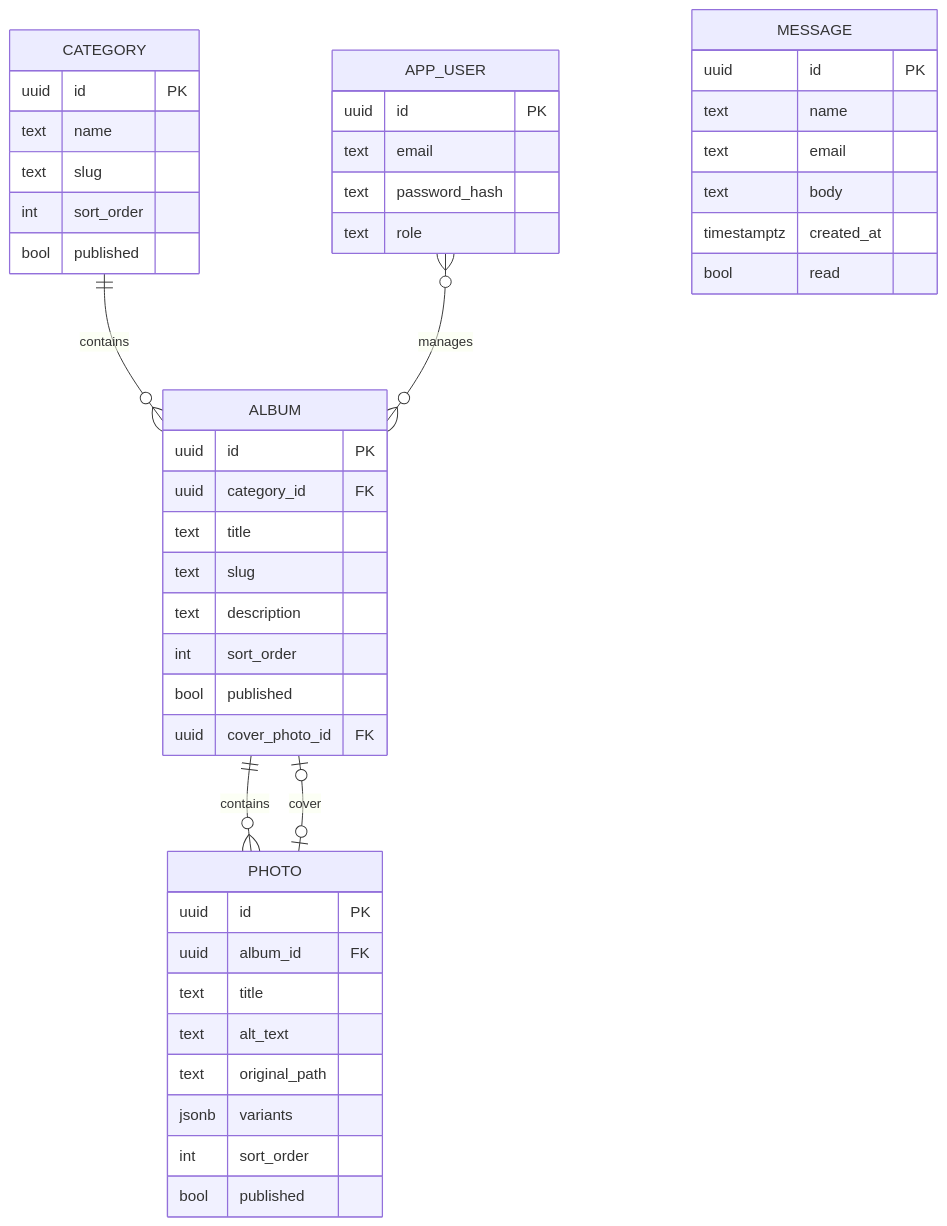
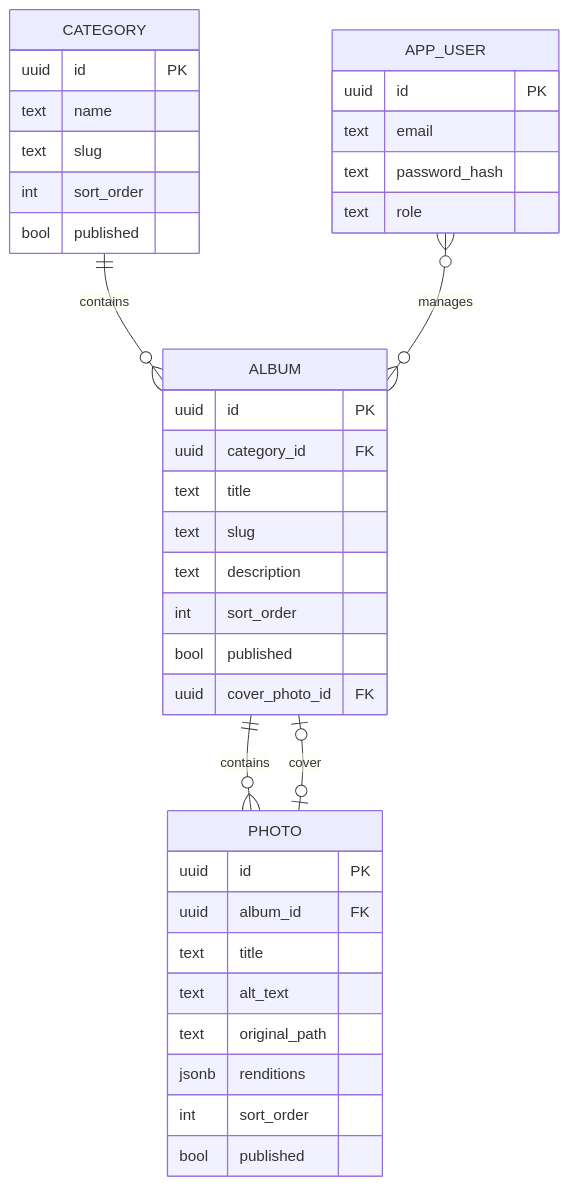
The fourth of 5 diagrams in ARCHITECTURE.md (toledobrendo/btagila-portfolio), drawn with Mermaid before and after one commit. The commit also changed other lines of this file and 10 other files, not shown here.

````diff
--- a/ARCHITECTURE.md
+++ b/ARCHITECTURE.md
@@ -147,50 +149,41 @@
 ```mermaid
 erDiagram
     CATEGORY ||--o{ ALBUM : contains
     ALBUM ||--o{ PHOTO : contains
     ALBUM |o--o| PHOTO : "cover"
     APP_USER }o--o{ ALBUM : manages
-    MESSAGE
 
     CATEGORY {
         uuid id PK
         text name
         text slug
         int sort_order
         bool published
     }
     ALBUM {
         uuid id PK
         uuid category_id FK
         text title
         text slug
         text description
         int sort_order
         bool published
         uuid cover_photo_id FK
     }
     PHOTO {
         uuid id PK
         uuid album_id FK
         text title
         text alt_text
         text original_path
-        jsonb variants
+        jsonb renditions
         int sort_order
         bool published
-    }
-    MESSAGE {
-        uuid id PK
-        text name
-        text email
-        text body
-        timestamptz created_at
-        bool read
     }
     APP_USER {
         uuid id PK
         text email
         text password_hash
         text role
     }
 ```
````
